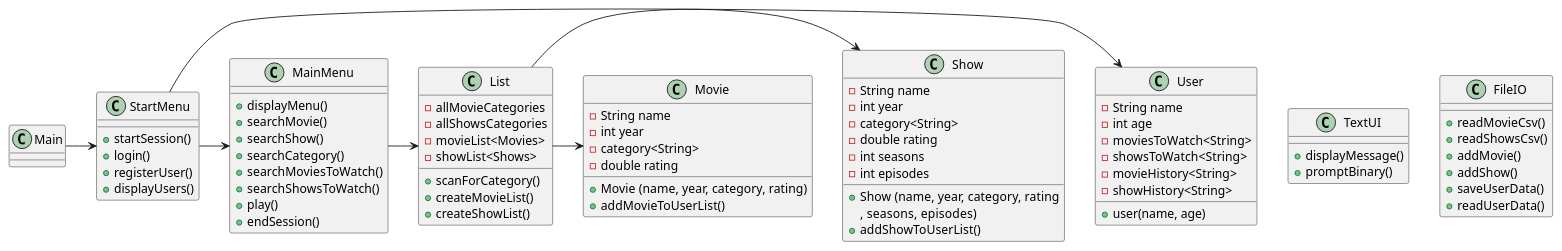
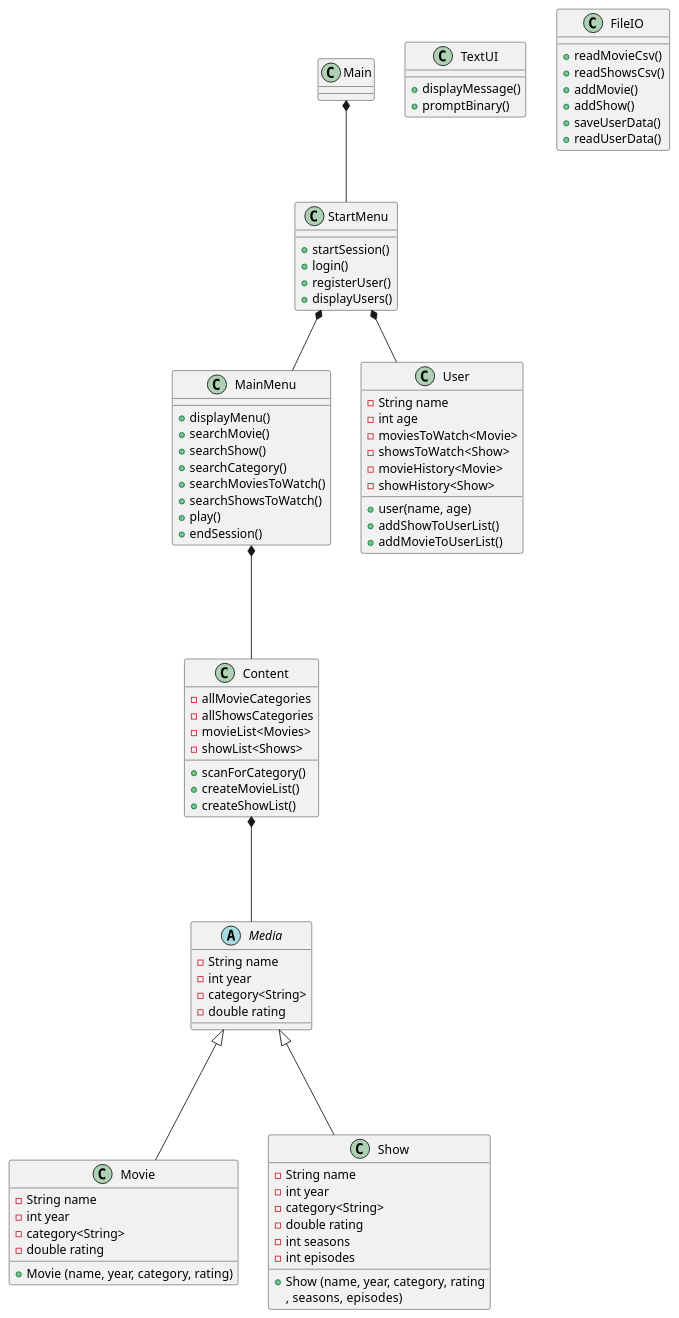
Before and after one commit to KatarinaKN/SP3-Streaming-Service: the diagram in UML/ClassDiagram.puml, drawn with PlantUML.

Commit message:
Opdateret klassediagram

```diff
--- a/UML/ClassDiagram.puml
+++ b/UML/ClassDiagram.puml
@@ -1,82 +1,91 @@
 @startuml
 'https://plantuml.com/class-diagram
 
 class Main
 class StartMenu {
     + startSession()
     + login()
     + registerUser()
     + displayUsers()
 }
 class MainMenu {
     + displayMenu()
     + searchMovie()
     + searchShow()
     + searchCategory()
     + searchMoviesToWatch()
     + searchShowsToWatch()
     + play()
     + endSession()
 }
 class User {
     - String name
     - int age
-    - moviesToWatch<String>
-    - showsToWatch<String>
-    - movieHistory<String>
-    - showHistory<String>
+    - moviesToWatch<Movie>
+    - showsToWatch<Show>
+    - movieHistory<Movie>
+    - showHistory<Show>
     + user(name, age)
-    }
+    + addShowToUserList()
+    + addMovieToUserList()
+}
 
-class List {
+class Content {
     - allMovieCategories
     - allShowsCategories
     - movieList<Movies>
     - showList<Shows>
     + scanForCategory()
     + createMovieList()
     + createShowList()
 }
 
+abstract class Media {
+    - String name
+    - int year
+    - category<String>
+    - double rating
+
+}
+
 class Movie {
     - String name
     - int year
     - category<String>
     - double rating
     + Movie (name, year, category, rating)
-    + addMovieToUserList()
 }
 class Show {
     - String name
     - int year
     - category<String>
     - double rating
     - int seasons
     - int episodes
     + Show (name, year, category, rating
     ,  seasons, episodes)
-    + addShowToUserList()
 }
 class TextUI {
     + displayMessage()
     + promptBinary()
 }
 class FileIO {
     + readMovieCsv()
     + readShowsCsv()
     + addMovie()
     + addShow()
     + saveUserData()
     + readUserData()
 }
 
-Main -> StartMenu
-StartMenu -> User
-StartMenu -> MainMenu
-MainMenu -> List
-List -> Show
-List -> Movie
+Main *-- StartMenu
+StartMenu *-- User
+StartMenu *-- MainMenu
+MainMenu *--- Content
+Content *--- Media
+Media <|--- Movie
+Media <|--- Show
 
 
 
 @enduml
```
